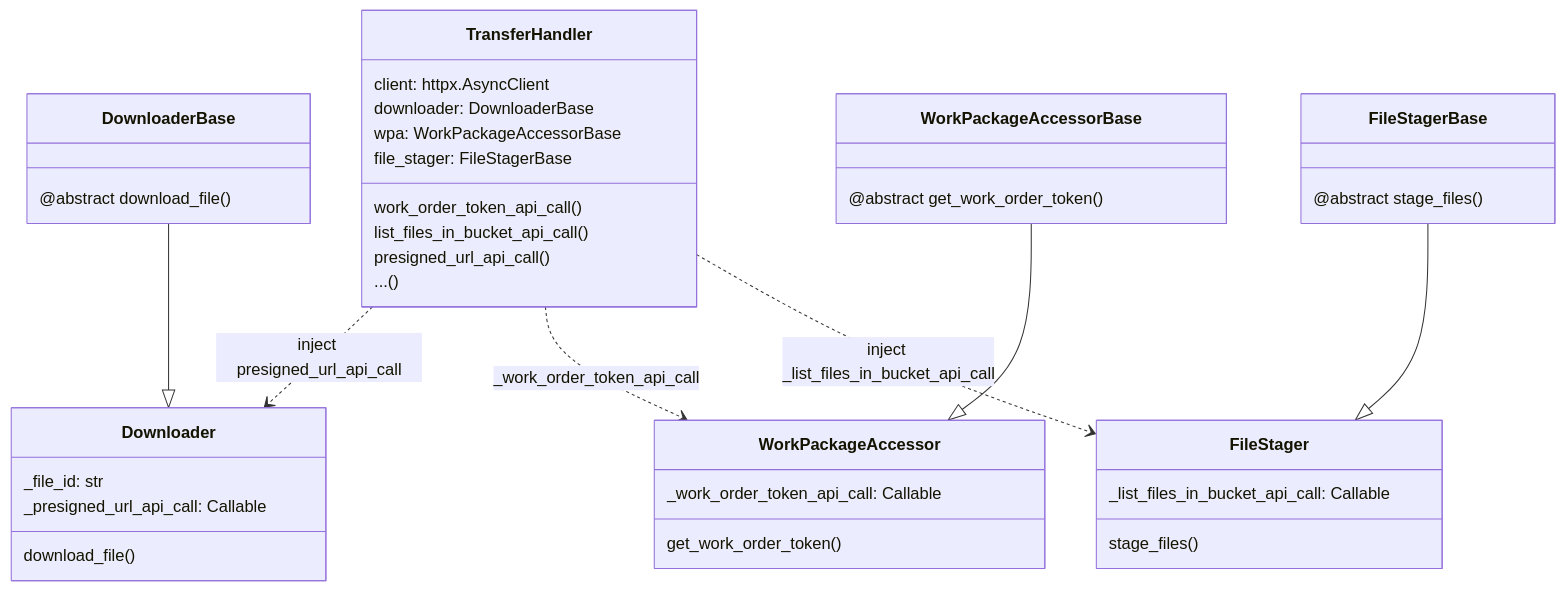
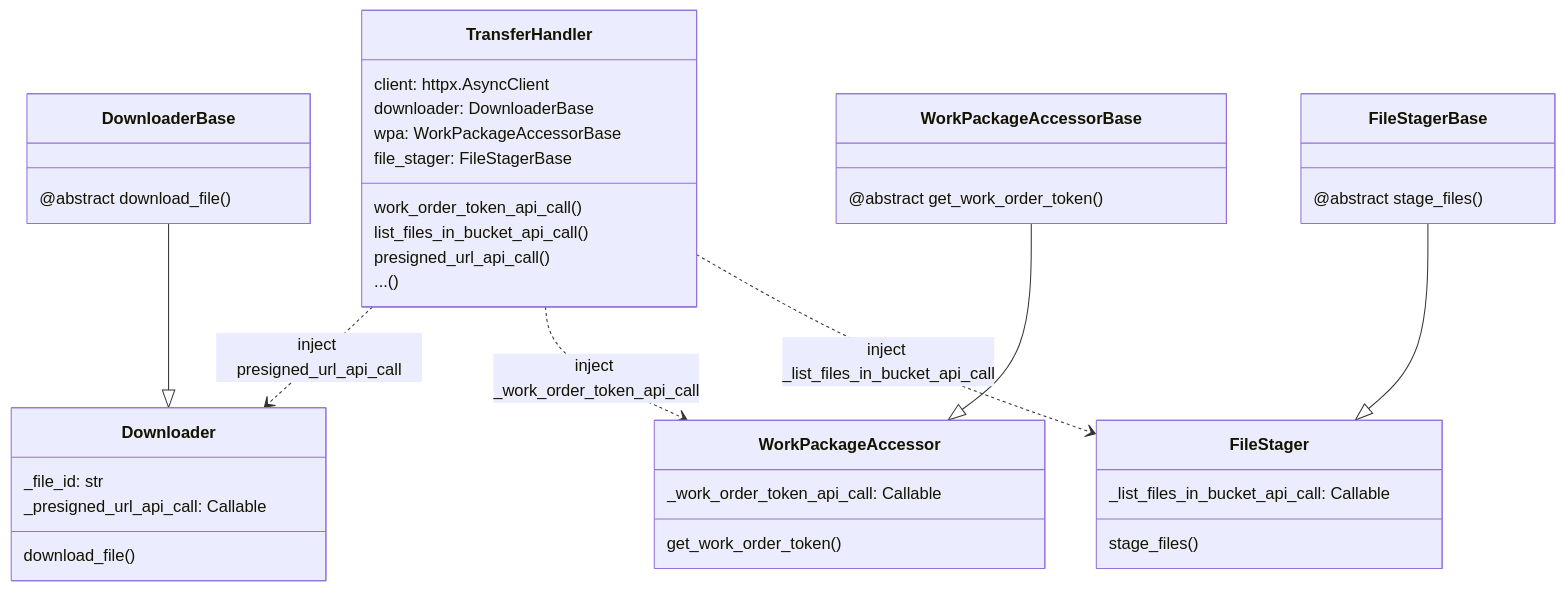
The diagram in 80-hedgehog-seahorse/technical_specification.md (ghga-de/epic-docs), drawn with Mermaid before and after one commit. The commit also changed other lines of this file, not shown here.

````diff
--- a/80-hedgehog-seahorse/technical_specification.md
+++ b/80-hedgehog-seahorse/technical_specification.md
@@ -112,41 +131,41 @@
 ```mermaid
 classDiagram
     class TransferHandler{
         client: httpx.AsyncClient
         downloader: DownloaderBase
         wpa: WorkPackageAccessorBase
         file_stager: FileStagerBase
         work_order_token_api_call()
         list_files_in_bucket_api_call()
         presigned_url_api_call()
         ... ()
     }
     class DownloaderBase{
         @abstract download_file()
     }
     class Downloader{
         _file_id: str
         _presigned_url_api_call: Callable
         download_file()
     }
     class WorkPackageAccessorBase{
         @abstract get_work_order_token()
     }
     class WorkPackageAccessor{
         _work_order_token_api_call: Callable
         get_work_order_token()
     }
     class FileStagerBase{
         @abstract stage_files()
     }
     class FileStager{
         _list_files_in_bucket_api_call: Callable
         stage_files()
     }
     TransferHandler ..> Downloader: inject presigned_url_api_call
-    TransferHandler ..> WorkPackageAccessor: _work_order_token_api_call
+    TransferHandler ..> WorkPackageAccessor: inject _work_order_token_api_call
     TransferHandler ..> FileStager: inject _list_files_in_bucket_api_call
     DownloaderBase --|> Downloader
     WorkPackageAccessorBase --|> WorkPackageAccessor
     FileStagerBase --|> FileStager
 ```
````
